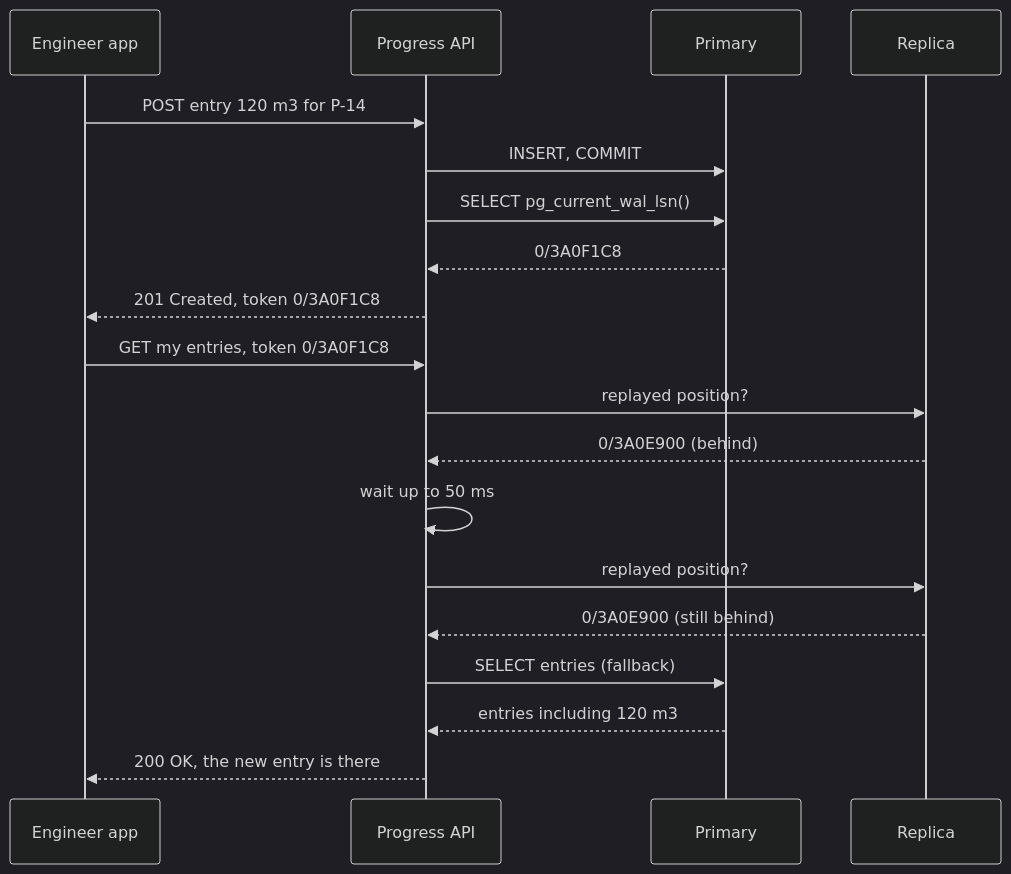
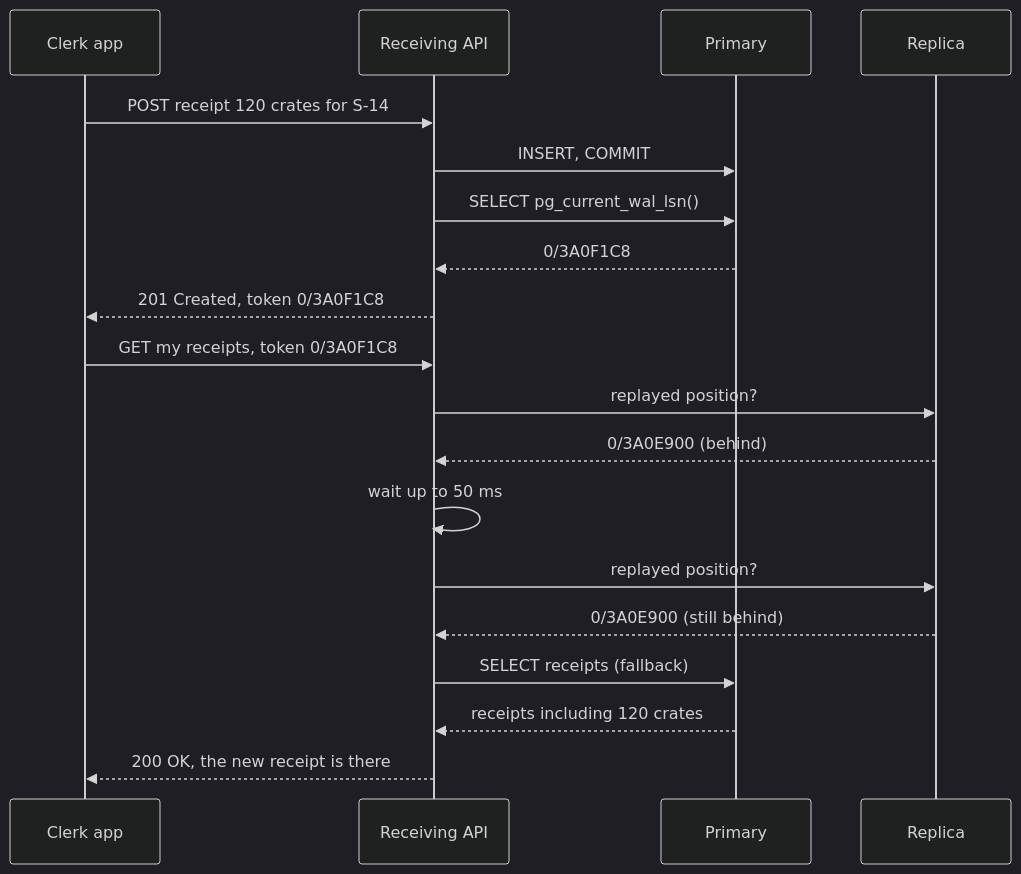
Before and after one commit to rizwi0786/system-design-lab: the second of 3 diagrams in content/lessons/m12/m12-eventual-consistency.md, drawn with Mermaid (dark theme). The commit also changed other lines of this file and 334 other files, not shown here.

````diff
--- a/content/lessons/m12/m12-eventual-consistency.md
+++ b/content/lessons/m12/m12-eventual-consistency.md
@@ -219,21 +219,21 @@
 ```mermaid
 sequenceDiagram
-    participant U as Engineer app
-    participant API as Progress API
+    participant U as Clerk app
+    participant API as Receiving API
     participant P as Primary
     participant R as Replica
-    U->>API: POST entry 120 m3 for P-14
+    U->>API: POST receipt 120 crates for S-14
     API->>P: INSERT, COMMIT
     API->>P: SELECT pg_current_wal_lsn()
     P-->>API: 0/3A0F1C8
     API-->>U: 201 Created, token 0/3A0F1C8
-    U->>API: GET my entries, token 0/3A0F1C8
+    U->>API: GET my receipts, token 0/3A0F1C8
     API->>R: replayed position?
     R-->>API: 0/3A0E900 (behind)
     API->>API: wait up to 50 ms
     API->>R: replayed position?
     R-->>API: 0/3A0E900 (still behind)
-    API->>P: SELECT entries (fallback)
-    P-->>API: entries including 120 m3
-    API-->>U: 200 OK, the new entry is there
+    API->>P: SELECT receipts (fallback)
+    P-->>API: receipts including 120 crates
+    API-->>U: 200 OK, the new receipt is there
 ```
````
